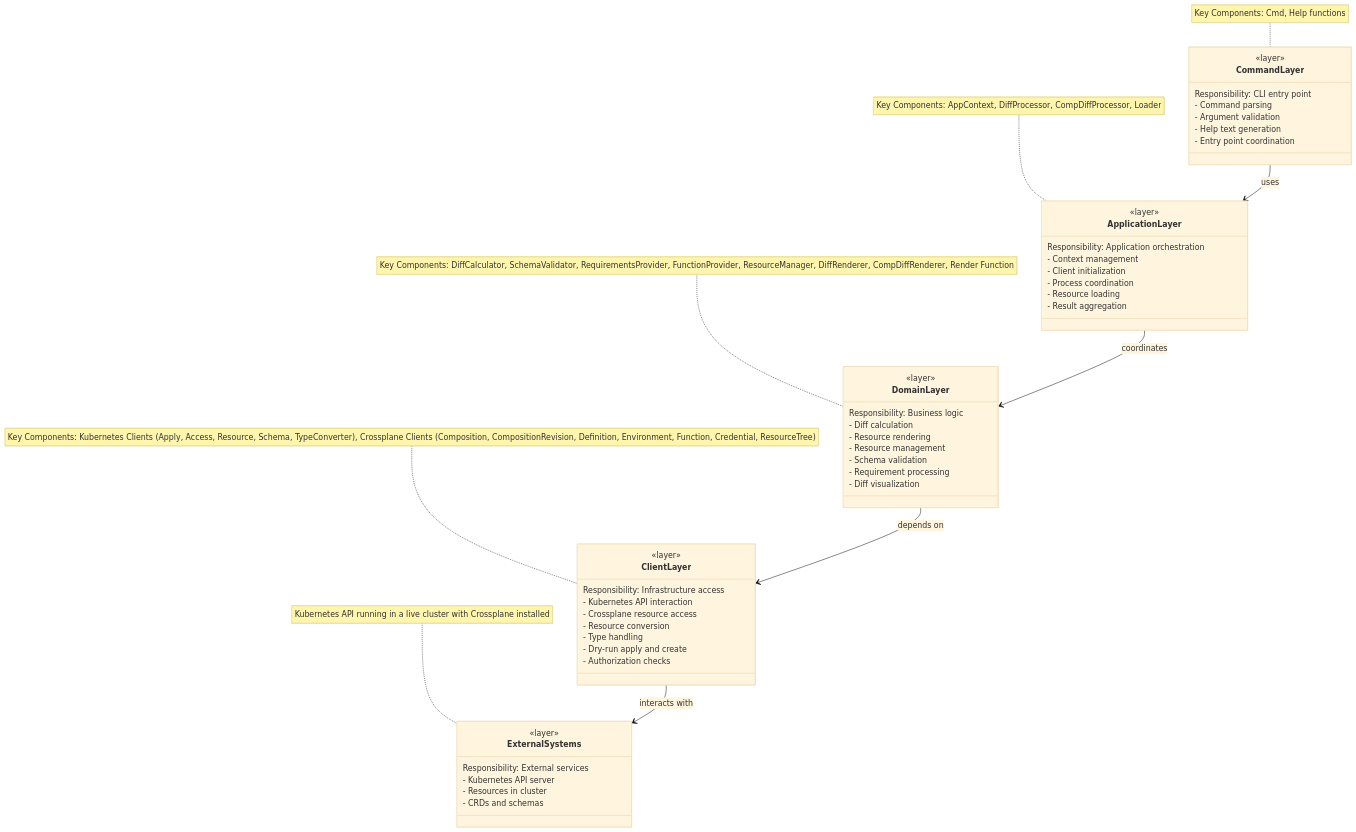
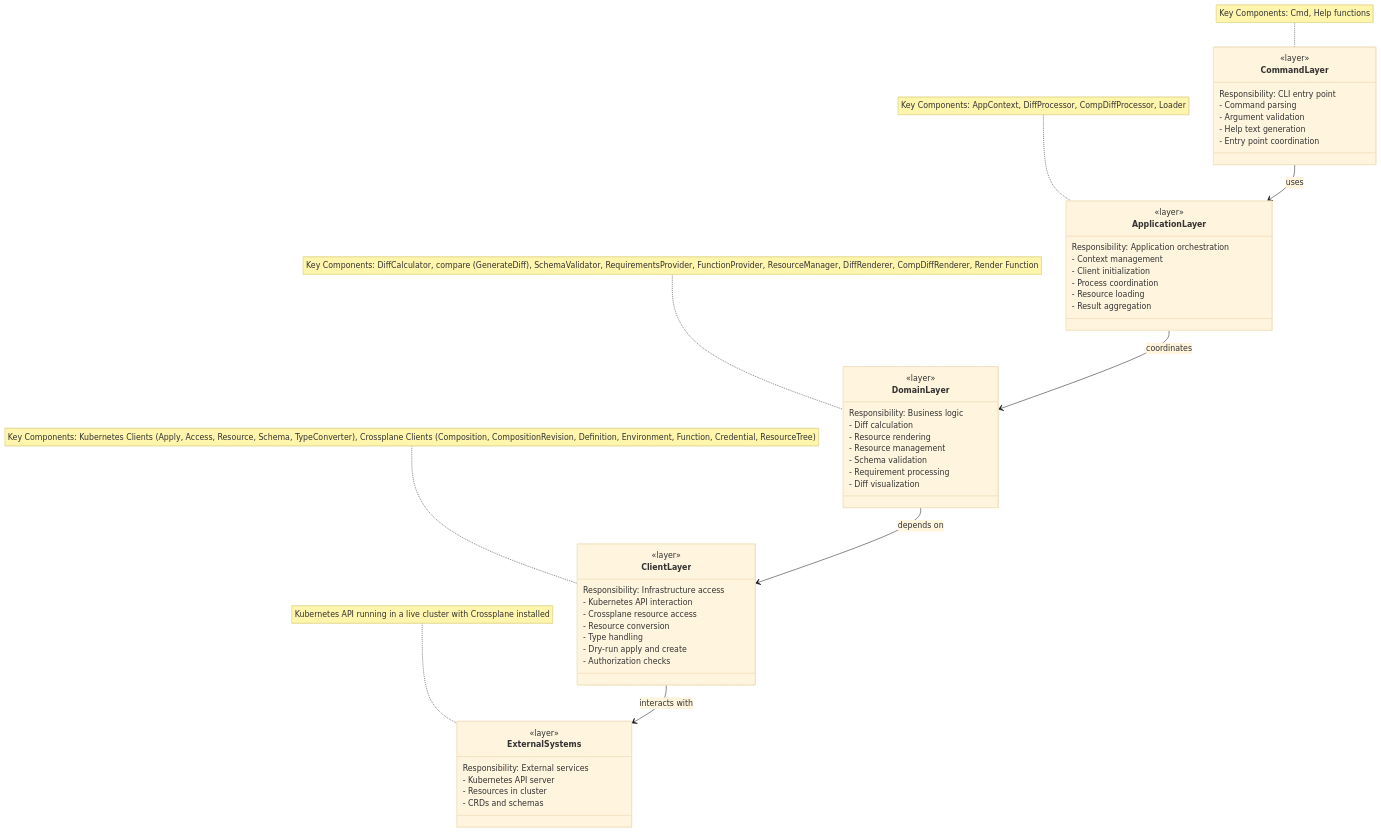
Before and after one commit to crossplane-contrib/crossplane-diff: the diagram in design/design-doc-cli-diff/conceptual-layers.mermaid, drawn with Mermaid (base theme). The commit also changed 15 other files, not shown here.

First line of the commit message:
docs: bring design diagrams and references in line with the code (#592)

```diff
--- a/design/design-doc-cli-diff/conceptual-layers.mermaid
+++ b/design/design-doc-cli-diff/conceptual-layers.mermaid
@@ -1,60 +1,60 @@
 classDiagram
     class CommandLayer {
         <<layer>>
         Responsibility: CLI entry point
         - Command parsing
         - Argument validation
         - Help text generation
         - Entry point coordination
     }
     
     class ApplicationLayer {
         <<layer>>
         Responsibility: Application orchestration
         - Context management
         - Client initialization
         - Process coordination
         - Resource loading
         - Result aggregation
     }
     
     class DomainLayer {
         <<layer>>
         Responsibility: Business logic
         - Diff calculation
         - Resource rendering
         - Resource management
         - Schema validation
         - Requirement processing
         - Diff visualization
     }
     
     class ClientLayer {
         <<layer>>
         Responsibility: Infrastructure access
         - Kubernetes API interaction
         - Crossplane resource access
         - Resource conversion
         - Type handling
         - Dry-run apply and create
         - Authorization checks
     }
     
     class ExternalSystems {
         <<layer>>
         Responsibility: External services
         - Kubernetes API server
         - Resources in cluster
         - CRDs and schemas
     }
     
     CommandLayer --> ApplicationLayer : uses
     ApplicationLayer --> DomainLayer : coordinates
     DomainLayer --> ClientLayer : depends on
     ClientLayer --> ExternalSystems : interacts with
     
     note for CommandLayer "Key Components: Cmd, Help functions"
     note for ApplicationLayer "Key Components: AppContext, DiffProcessor, CompDiffProcessor, Loader"
-    note for DomainLayer "Key Components: DiffCalculator, SchemaValidator, RequirementsProvider, FunctionProvider, ResourceManager, DiffRenderer, CompDiffRenderer, Render Function"
+    note for DomainLayer "Key Components: DiffCalculator, compare (GenerateDiff), SchemaValidator, RequirementsProvider, FunctionProvider, ResourceManager, DiffRenderer, CompDiffRenderer, Render Function"
     note for ClientLayer "Key Components: Kubernetes Clients (Apply, Access, Resource, Schema, TypeConverter), Crossplane Clients (Composition, CompositionRevision, Definition, Environment, Function, Credential, ResourceTree)"
     note for ExternalSystems "Kubernetes API running in a live cluster with Crossplane installed"
```
